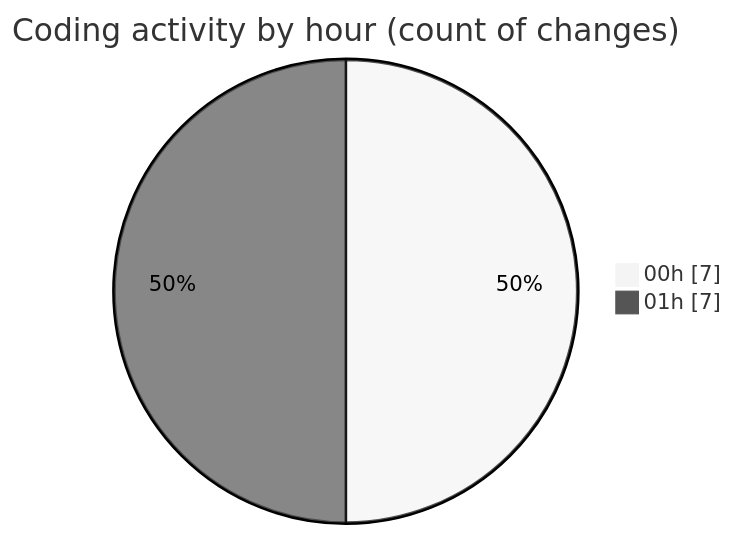
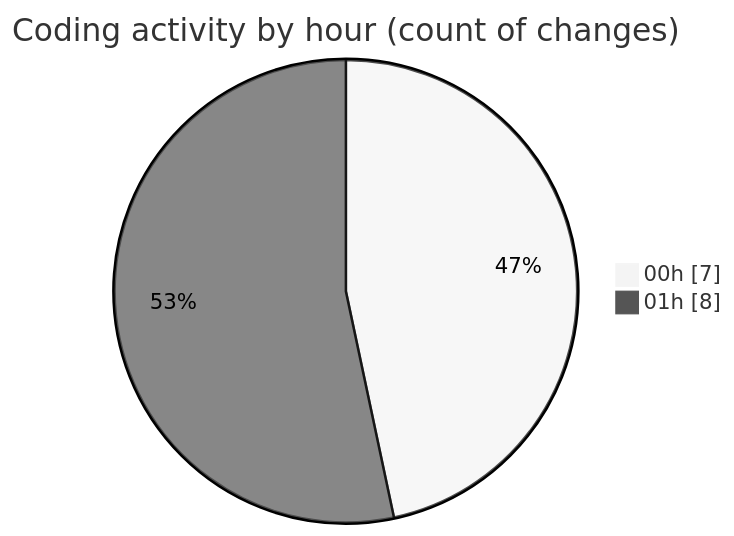
The second of 2 diagrams in 2025-02-27/drivers_app/README.md (donsfak/code-tracking), drawn with Mermaid (neutral theme) before and after one commit. The commit also changed other lines of this file and 1 other file, not shown here.

````diff
--- a/2025-02-27/drivers_app/README.md
+++ b/2025-02-27/drivers_app/README.md
@@ -33,6 +33,6 @@
 ```mermaid
 pie showData
 title Coding activity by hour (count of changes)
 "00h" : 7
-"01h" : 7
+"01h" : 8
 ```
````
